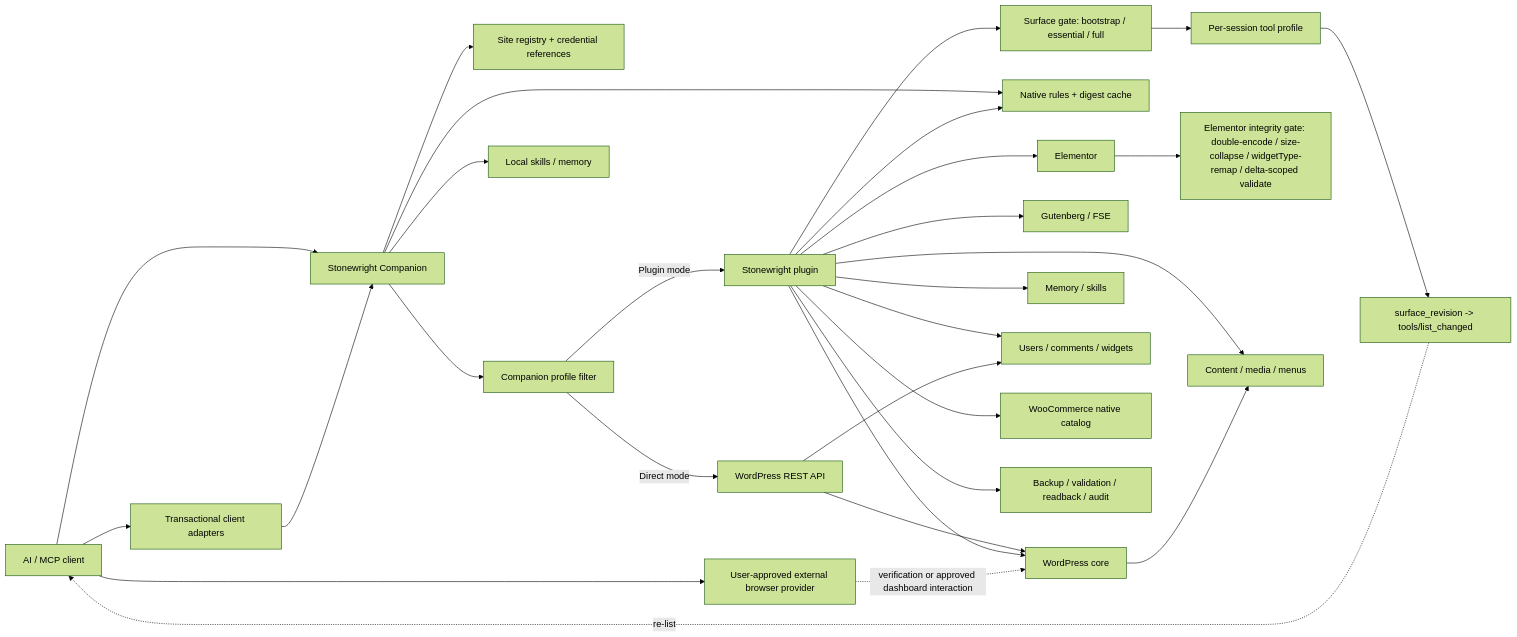
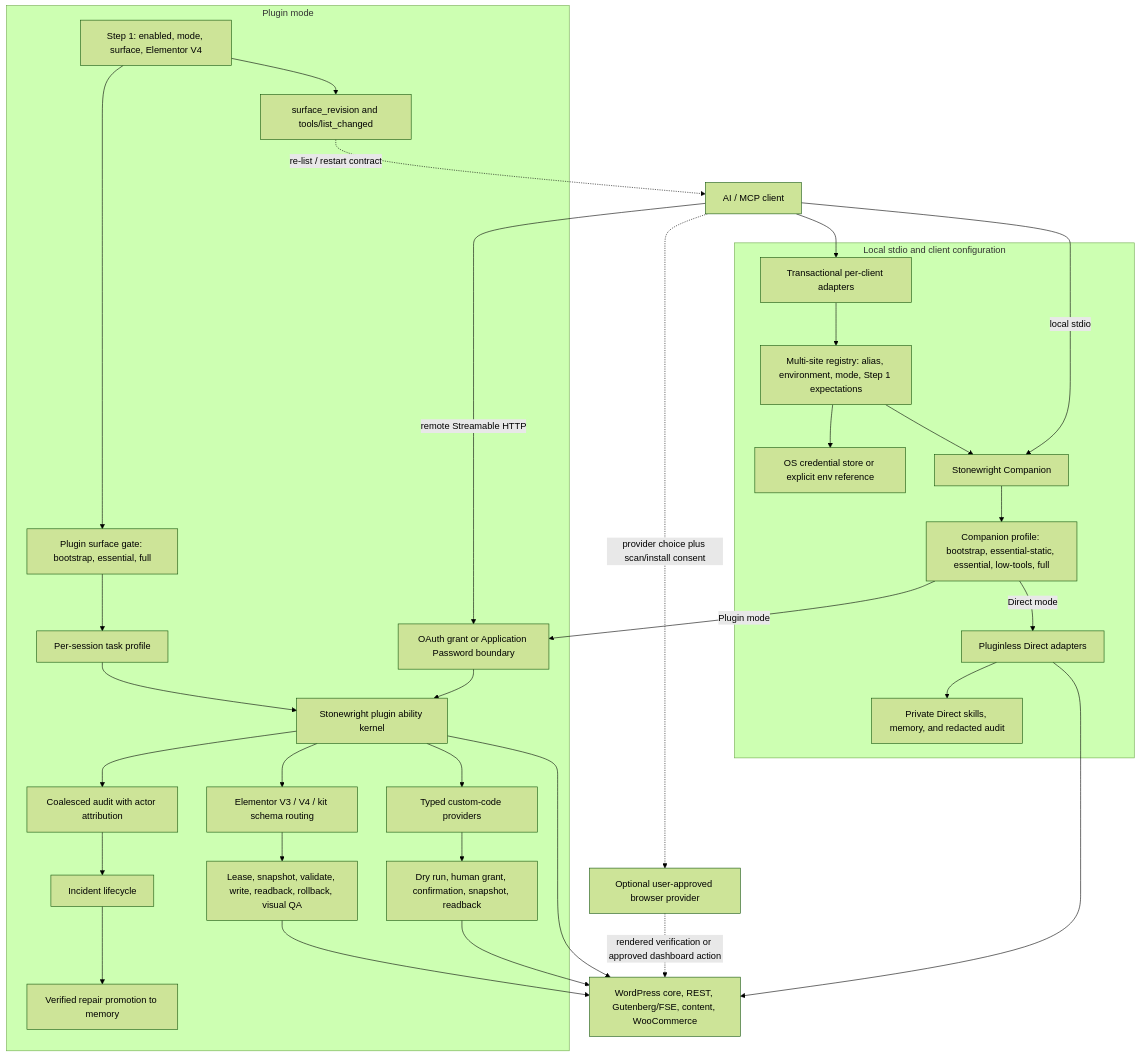
The diagram in README.md (cosmincraciun97/stonewright-wp-mcp), drawn with Mermaid (forest theme) before and after one commit. The commit also changed other lines of this file and 17 other files, not shown here.

````diff
--- a/README.md
+++ b/README.md
@@ -324,53 +324,54 @@
 ```mermaid
-flowchart LR
-  Client[AI / MCP client]
-  Browser[User-approved external browser provider]
-  Companion[Stonewright Companion]
-  Registry[Site registry + credential references]
-  Clients[Transactional client adapters]
-  CompFilter[Companion profile filter]
-  Plugin[Stonewright plugin]
-  Surface[Surface gate: bootstrap / essential / full]
-  Session[Per-session tool profile]
-  Rev[surface_revision -> tools/list_changed]
-  REST[WordPress REST API]
-  Rules[Native rules + digest cache]
-  WP[WordPress core]
-  Guten[Gutenberg / FSE]
-  Elem[Elementor]
-  Integrity[Elementor integrity gate: double-encode / size-collapse / widgetType-remap / delta-scoped validate]
-  Content[Content / media / menus]
-  Mem[Memory / skills]
-  Users[Users / comments / widgets]
-  WC[WooCommerce native catalog]
-  Gates[Backup / validation / readback / audit]
+flowchart TD
+  Client["AI / MCP client"]
+  Browser["Optional user-approved browser provider"]
 
-  Client --> Companion
-  Client --> Clients
-  Clients --> Companion
-  Companion --> Registry
-  Client --> Browser
+  subgraph Local["Local stdio and client configuration"]
+    Adapters["Transactional per-client adapters"]
+    Registry["Multi-site registry: alias, environment, mode, Step 1 expectations"]
+    Credentials["OS credential store or explicit env reference"]
+    Companion["Stonewright Companion"]
+    CompFilter["Companion profile: bootstrap, essential-static, essential, low-tools, full"]
+    Direct["Pluginless Direct adapters"]
+    DirectState["Private Direct skills, memory, and redacted audit"]
+  end
+
+  subgraph PluginMode["Plugin mode"]
+    Auth["OAuth grant or Application Password boundary"]
+    Step1["Step 1: enabled, mode, surface, Elementor V4"]
+    Surface["Plugin surface gate: bootstrap, essential, full"]
+    Session["Per-session task profile"]
+    Revision["surface_revision and tools/list_changed"]
+    Plugin["Stonewright plugin ability kernel"]
+    Code["Typed custom-code providers"]
+    Approval["Dry run, human grant, confirmation, snapshot, readback"]
+    Elementor["Elementor V3 / V4 / kit schema routing"]
+    Closure["Lease, snapshot, validate, write, readback, rollback, visual QA"]
+    Audit["Coalesced audit with actor attribution"]
+    Incidents["Incident lifecycle"]
+    Memory["Verified repair promotion to memory"]
+  end
+
+  WordPress["WordPress core, REST, Gutenberg/FSE, content, WooCommerce"]
+
+  Client -->|"local stdio"| Companion
+  Client -->|"remote Streamable HTTP"| Auth
+  Client --> Adapters
+  Adapters --> Registry
+  Registry --> Credentials
+  Registry --> Companion
   Companion --> CompFilter
-  Companion --> Rules
-  CompFilter -->|Plugin mode| Plugin
-  CompFilter -->|Direct mode| REST
-  Companion --> Skills[Local skills / memory]
-  Plugin --> Surface
-  Surface --> Session
-  Session --> Rev
-  Rev -. re-list .-> Client
-  Plugin --> Gates
-  Plugin --> Rules
-  Plugin --> Guten
-  Plugin --> Elem
-  Elem --> Integrity
-  Plugin --> Content
-  Plugin --> Mem
-  Plugin --> Users
-  Plugin --> WC
-  REST --> Users
-  REST --> WP
-  WP --> Content
-  Plugin --> WP
-  Browser -. verification or approved dashboard interaction .-> WP
+  CompFilter -->|"Plugin mode"| Auth
+  CompFilter -->|"Direct mode"| Direct
+  Direct --> WordPress
+  Direct --> DirectState
+  Auth --> Plugin
+  Step1 --> Surface --> Session --> Plugin
+  Step1 --> Revision -. "re-list / restart contract" .-> Client
+  Plugin --> WordPress
+  Plugin --> Code --> Approval --> WordPress
+  Plugin --> Elementor --> Closure --> WordPress
+  Plugin --> Audit --> Incidents --> Memory
+  Client -. "provider choice plus scan/install consent" .-> Browser
+  Browser -. "rendered verification or approved dashboard action" .-> WordPress
 ```
````
